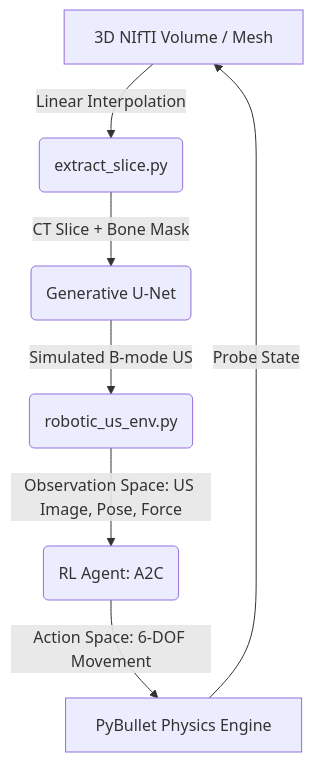
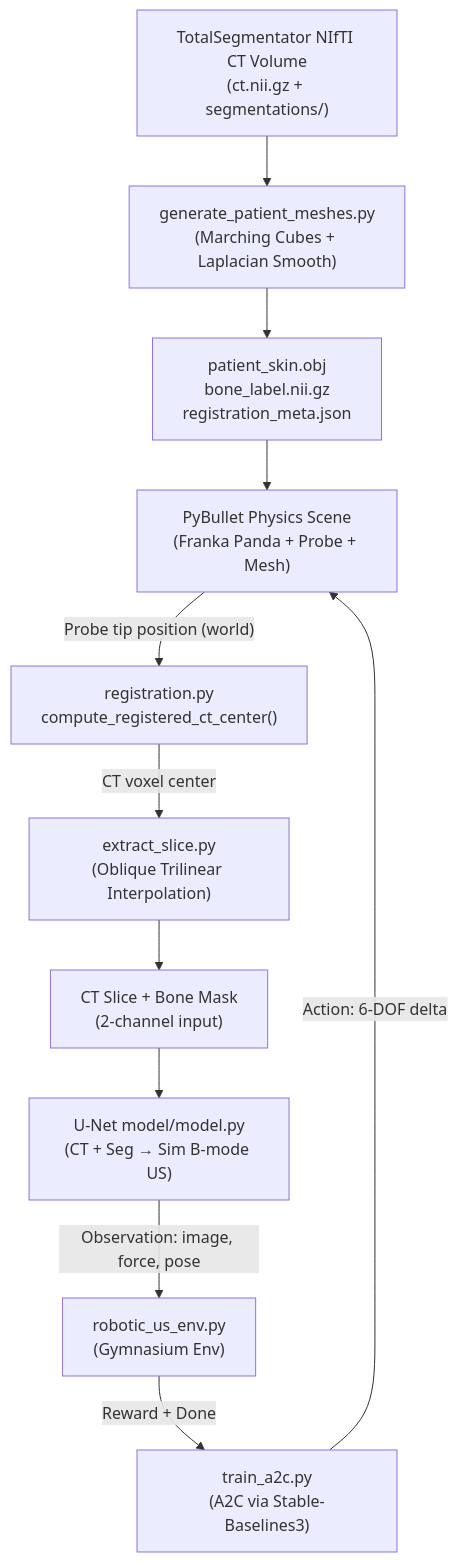
The diagram in PROJECT_DOCUMENTATION.md (Vedansh076/ct-us-robotic-scanning), drawn with Mermaid before and after one commit. The commit also changed other lines of this file and 5 other files, not shown here.

Commit message:
docs: update documentation, roadmap, and docstrings to reflect present project state

````diff
--- a/PROJECT_DOCUMENTATION.md
+++ b/PROJECT_DOCUMENTATION.md
@@ -13,9 +30,21 @@
 ```mermaid
 graph TD
-    A[3D NIfTI Volume / Mesh] -->|Linear Interpolation| B(extract_slice.py)
-    B -->|CT Slice + Bone Mask| C(Generative U-Net)
-    C -->|Simulated B-mode US| D(robotic_us_env.py)
-    D -->|Observation Space: US Image, Pose, Force| E(RL Agent: A2C)
-    E -->|Action Space: 6-DOF Movement| F[PyBullet Physics Engine]
-    F -->|Probe State| A
+    A["TotalSegmentator NIfTI CT Volume<br/>(ct.nii.gz + segmentations/)"]
+    B["generate_patient_meshes.py<br/>(Marching Cubes + Laplacian Smooth)"]
+    C["patient_skin.obj<br/>bone_label.nii.gz<br/>registration_meta.json"]
+    D["PyBullet Physics Scene<br/>(Franka Panda + Probe + Mesh)"]
+    E["registration.py<br/>compute_registered_ct_center()"]
+    F["extract_slice.py<br/>(Oblique Trilinear Interpolation)"]
+    G["CT Slice + Bone Mask<br/>(2-channel input)"]
+    H["U-Net model/model.py<br/>(CT + Seg → Sim B-mode US)"]
+    I["robotic_us_env.py<br/>(Gymnasium Env)"]
+    J["train_a2c.py<br/>(A2C via Stable-Baselines3)"]
+
+    A --> B --> C --> D
+    D -->|"Probe tip position (world)"| E
+    E -->|"CT voxel center"| F
+    F --> G --> H
+    H -->|"Observation: image, force, pose"| I
+    I -->|"Reward + Done"| J
+    J -->|"Action: 6-DOF delta"| D
 ```
````
